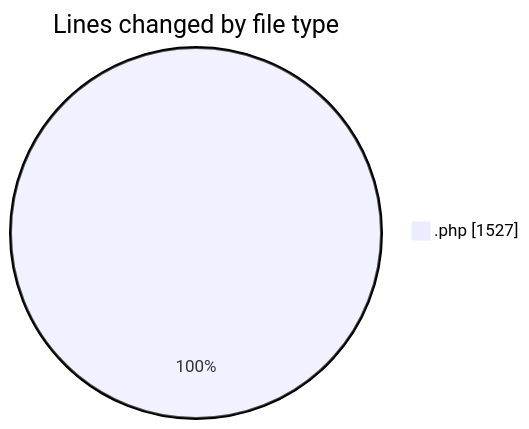
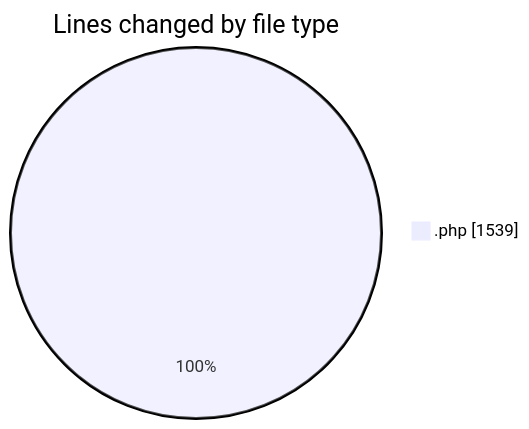
One commit to idhammustaqopulfikri/code-tracking changed the first of 2 diagrams in 2025-06-23/studio-backend/README.md. Above: the diagram before and after it, drawn with Mermaid. The commit also changed other lines of this file and 1 other file, not shown here.

````diff
--- a/2025-06-23/studio-backend/README.md
+++ b/2025-06-23/studio-backend/README.md
@@ -21,5 +21,5 @@
 ```mermaid
 pie showData
 title Lines changed by file type
-".php" : 1527
+".php" : 1539
 ```
````
